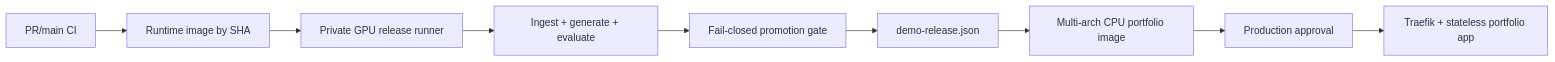
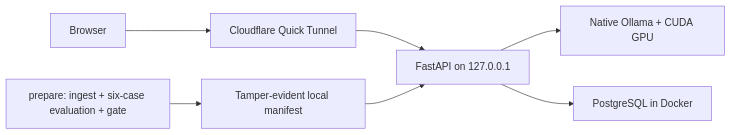
One commit to FranRguezCer/RAGLab changed the second of 6 diagrams in README.md. Above: the diagram before and after it, drawn with Mermaid. The commit also changed other lines of this file and 10 other files, not shown here.

Commit message:
feat(demo): serve protected local tunnel experience

````diff
--- a/README.md
+++ b/README.md
@@ -85,11 +82,9 @@
 ```mermaid
 flowchart LR
-    CI["PR/main CI"] --> RUNTIME["Runtime image by SHA"]
-    RUNTIME --> GPU["Private GPU release runner"]
-    GPU --> INGEST_EVAL["Ingest + generate + evaluate"]
-    INGEST_EVAL --> GATE["Fail-closed promotion gate"]
-    GATE --> ARTIFACT["demo-release.json"]
-    ARTIFACT --> PORTFOLIO["Multi-arch CPU portfolio image"]
-    PORTFOLIO --> APPROVAL["Production approval"]
-    APPROVAL --> VPS["Traefik + stateless portfolio app"]
+    BROWSER["Browser"] --> TUNNEL["Cloudflare Quick Tunnel"]
+    TUNNEL --> API["FastAPI on 127.0.0.1"]
+    API --> OLLAMA["Native Ollama + CUDA GPU"]
+    API --> DB["PostgreSQL in Docker"]
+    PREPARE["prepare: ingest + six-case evaluation + gate"] --> EVIDENCE["Tamper-evident local manifest"]
+    EVIDENCE --> API
 ```
````
